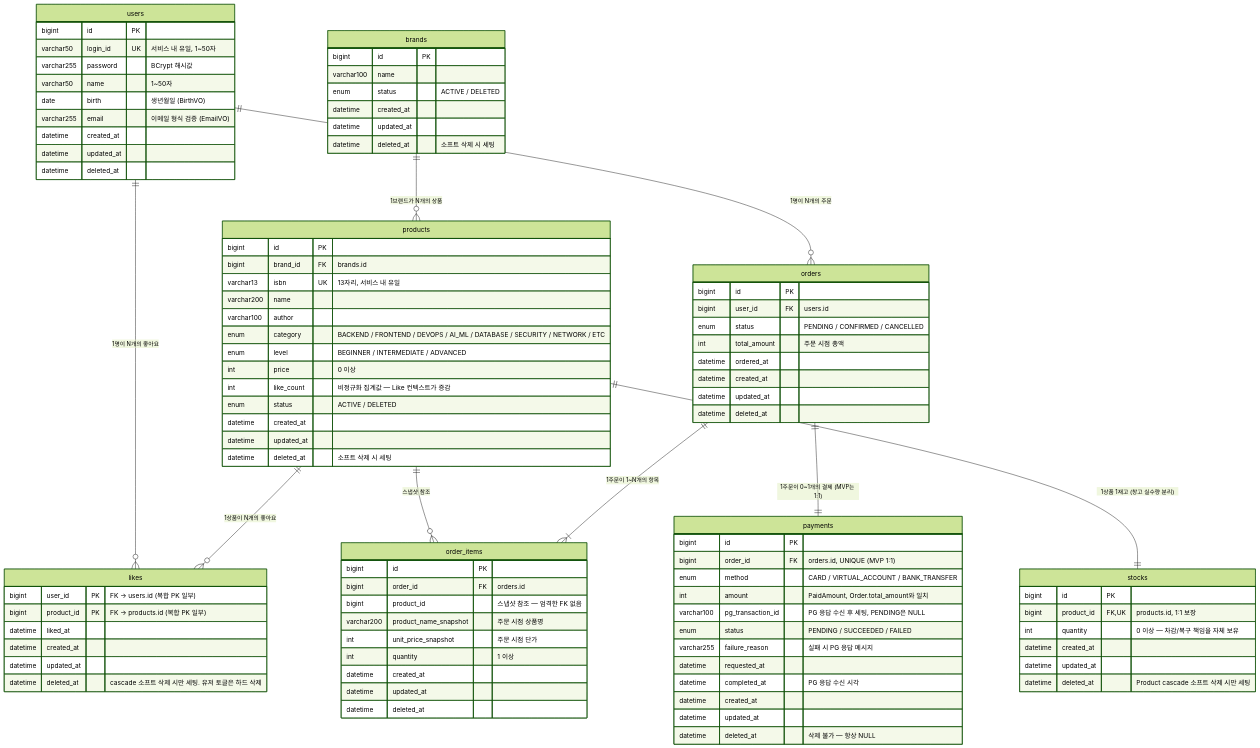
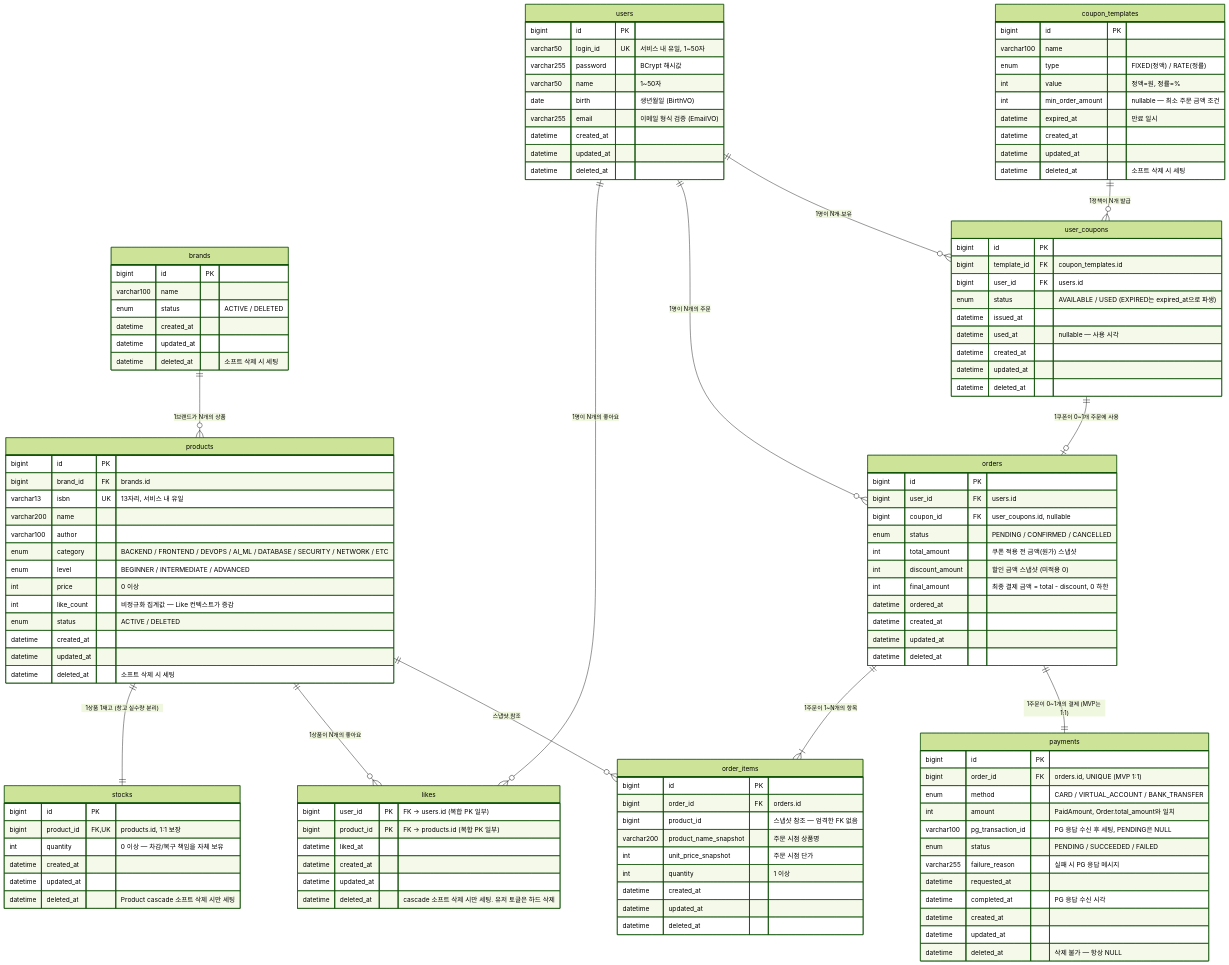
One commit to Rojojun/loop-pack-be-l2-vol4-kotlin changed the diagram in .docs/design/04-erd.md. Above: the diagram before and after it, drawn with Mermaid (forest theme). The commit also changed other lines of this file and 5 other files, not shown here.

````diff
--- a/.docs/design/04-erd.md
+++ b/.docs/design/04-erd.md
@@ -33,6 +33,9 @@
     products ||--o{ order_items : "스냅샷 참조"
     orders ||--|{ order_items : "1주문이 1~N개의 항목"
     orders ||--|| payments    : "1주문이 0~1개의 결제 (MVP는 1:1)"
+    coupon_templates ||--o{ user_coupons : "1정책이 N개 발급"
+    users ||--o{ user_coupons            : "1명이 N개 보유"
+    user_coupons ||--o| orders           : "1쿠폰이 0~1개 주문에 사용"
 
     users {
         bigint      id              PK
@@ -92,8 +95,11 @@
     orders {
         bigint      id              PK
         bigint      user_id         FK  "users.id"
+        bigint      coupon_id       FK  "user_coupons.id, nullable"
         enum        status              "PENDING / CONFIRMED / CANCELLED"
-        int         total_amount        "주문 시점 총액"
+        int         total_amount        "쿠폰 적용 전 금액(원가) 스냅샷"
+        int         discount_amount     "할인 금액 스냅샷 (미적용 0)"
+        int         final_amount        "최종 결제 금액 = total - discount, 0 하한"
         datetime    ordered_at
         datetime    created_at
         datetime    updated_at
@@ -126,4 +132,28 @@
         datetime    updated_at
         datetime    deleted_at              "삭제 불가 — 항상 NULL"
     }
+
+    coupon_templates {
+        bigint      id                PK
+        varchar100  name
+        enum        type                  "FIXED(정액) / RATE(정률)"
+        int         value                 "정액=원, 정률=%"
+        int         min_order_amount      "nullable — 최소 주문 금액 조건"
+        datetime    expired_at            "만료 일시"
+        datetime    created_at
+        datetime    updated_at
+        datetime    deleted_at            "소프트 삭제 시 세팅"
+    }
+
+    user_coupons {
+        bigint      id                PK
+        bigint      template_id       FK  "coupon_templates.id"
+        bigint      user_id           FK  "users.id"
+        enum        status                "AVAILABLE / USED (EXPIRED는 expired_at으로 파생)"
+        datetime    issued_at
+        datetime    used_at               "nullable — 사용 시각"
+        datetime    created_at
+        datetime    updated_at
+        datetime    deleted_at
+    }
 ```
````
